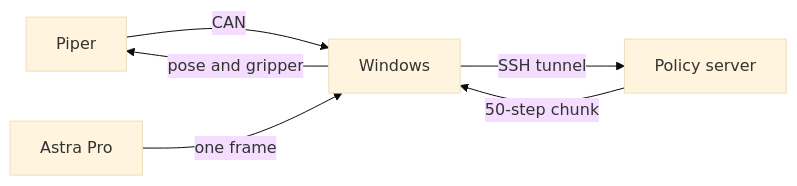
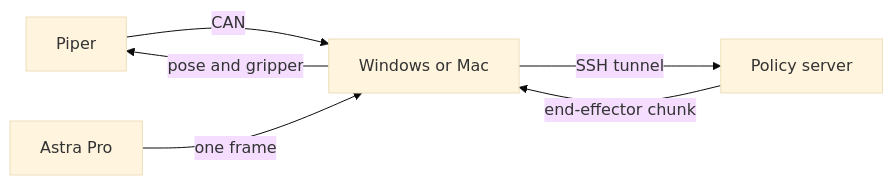
One commit to TzJ2006/CEI_robot_arms changed the diagram in README.md. Above: the diagram before and after it, drawn with Mermaid (base theme). The commit also changed other lines of this file and 6 other files, not shown here.

First line of the commit message:
Document Windows and Mac support, and show the camera while recording.

````diff
--- a/README.md
+++ b/README.md
@@ -9,12 +9,12 @@
 ```mermaid
 flowchart LR
   arm[Piper]
   cam[Astra Pro]
-  win[Windows]
+  pc[Windows or Mac]
   gpu[Policy server]
-  arm -->|CAN| win
-  cam -->|one frame| win
-  win -->|SSH tunnel| gpu
-  gpu -->|50-step chunk| win
-  win -->|pose and gripper| arm
+  arm -->|CAN| pc
+  cam -->|one frame| pc
+  pc -->|SSH tunnel| gpu
+  gpu -->|end-effector chunk| pc
+  pc -->|pose and gripper| arm
 ```
````
